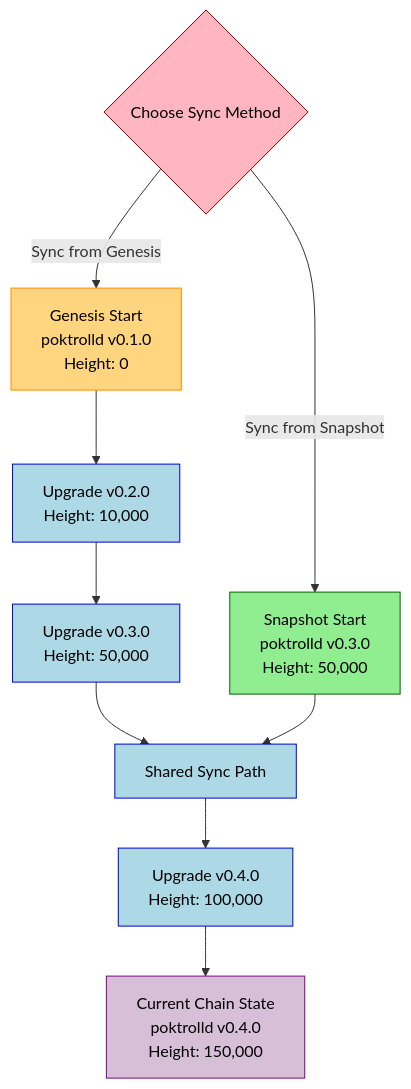
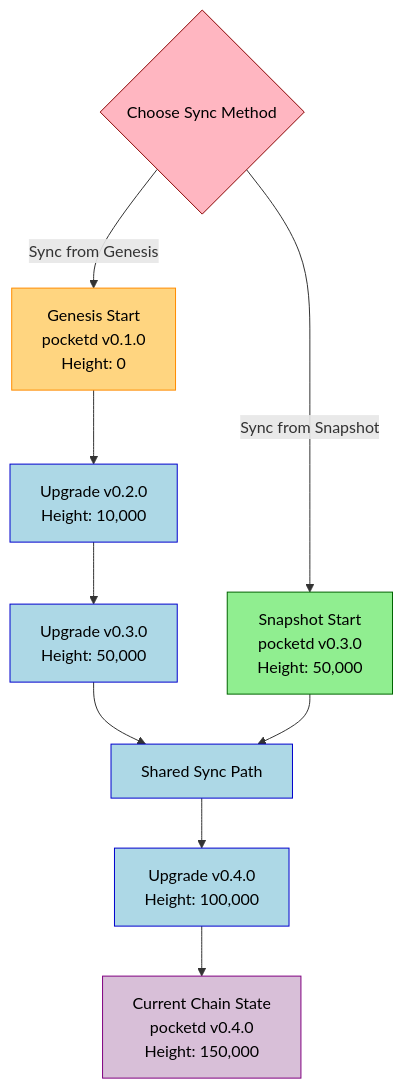
The diagram in docusaurus/docs/operate/walkthroughs/full_node_walkthrough.md (pokt-network/poktroll), drawn with Mermaid before and after one commit. The commit also changed other lines of this file and 399 other files, not shown here.

````diff
--- a/docusaurus/docs/operate/walkthroughs/full_node_walkthrough.md
+++ b/docusaurus/docs/operate/walkthroughs/full_node_walkthrough.md
@@ -231,33 +231,33 @@
 ```mermaid
 flowchart TD
     %% Define styles and colors
     classDef decisionNode fill:#FFB6C1,stroke:#8B0000,color:black
     classDef genesisNode fill:#FFD580,stroke:#FF8C00,color:black
     classDef snapshotNode fill:#90EE90,stroke:#006400,color:black
     classDef upgradeNode fill:#ADD8E6,stroke:#0000CD,color:black
     classDef currentNode fill:#D8BFD8,stroke:#800080,color:black
 
     %% Decision point
     Decision{"Choose Sync Method"}
 
     %% Genesis path
-    Decision -->|"Sync from Genesis"| Genesis["Genesis Start <br> poktrolld v0.1.0 <br> Height: 0"]
+    Decision -->|"Sync from Genesis"| Genesis["Genesis Start <br> pocketd v0.1.0 <br> Height: 0"]
     Genesis --> Upgrade1["Upgrade v0.2.0 <br> Height: 10,000"]
     Upgrade1 --> Upgrade2["Upgrade v0.3.0 <br> Height: 50,000"]
 
     %% Snapshot path
-    Decision -->|"Sync from Snapshot"| Snapshot["Snapshot Start <br> poktrolld v0.3.0 <br> Height: 50,000"]
+    Decision -->|"Sync from Snapshot"| Snapshot["Snapshot Start <br> pocketd v0.3.0 <br> Height: 50,000"]
 
     %% Canonical path
     Upgrade2 --> CommonPath["Shared Sync Path"]
     Snapshot --> CommonPath
     CommonPath --> Upgrade3["Upgrade v0.4.0 <br> Height: 100,000"]
-    Upgrade3 --> Current["Current Chain State <br> poktrolld v0.4.0 <br> Height: 150,000"]
+    Upgrade3 --> Current["Current Chain State <br> pocketd v0.4.0 <br> Height: 150,000"]
 
     %% Apply styles
     class Decision decisionNode
     class Genesis genesisNode
     class Snapshot snapshotNode
     class Upgrade1,Upgrade2,Upgrade3,CommonPath upgradeNode
     class Current currentNode
 ```
````
